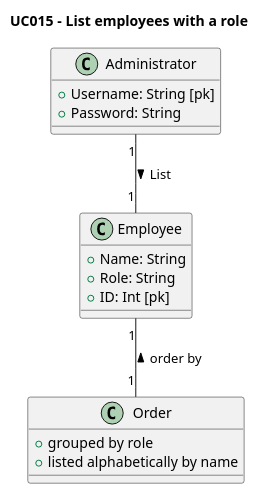
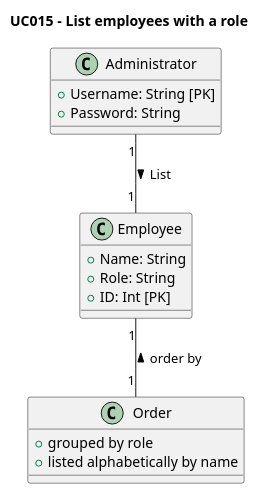
One commit to rafaafig/SnsTrab changed the diagram in sns-base/doc/global/use-cases/UC015/ucd-UCD015-DM.puml. Above: the diagram before and after it, drawn with PlantUML. The commit also changed 6 other files, not shown here.

```diff
--- a/sns-base/doc/global/use-cases/UC015/ucd-UCD015-DM.puml
+++ b/sns-base/doc/global/use-cases/UC015/ucd-UCD015-DM.puml
@@ -1,28 +1,28 @@
 @startuml
 'skinparam monochrome true
 'skinparam shadowing false
 
 title UC015 - List employees with a role
 
 class Administrator {
-    +Username: String [pk]
+    +Username: String [PK]
     +Password: String
 }
 
 class Employee {
     +Name: String
     +Role: String
-    +ID: Int [pk]
+    +ID: Int [PK]
 }
 
 class Order {
     +  grouped by role
     +  listed alphabetically by name
 }
 ' Relationships
 Administrator "1" -- "  1" Employee : List >
 Employee "1" -- "  1" Order : order by <
 
 
 
 @enduml
```
